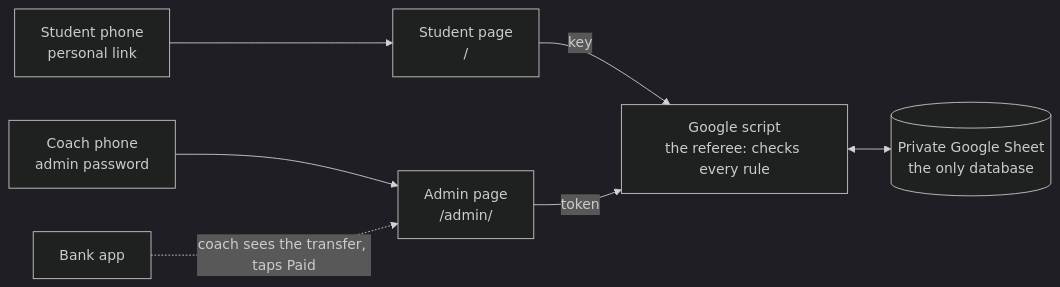
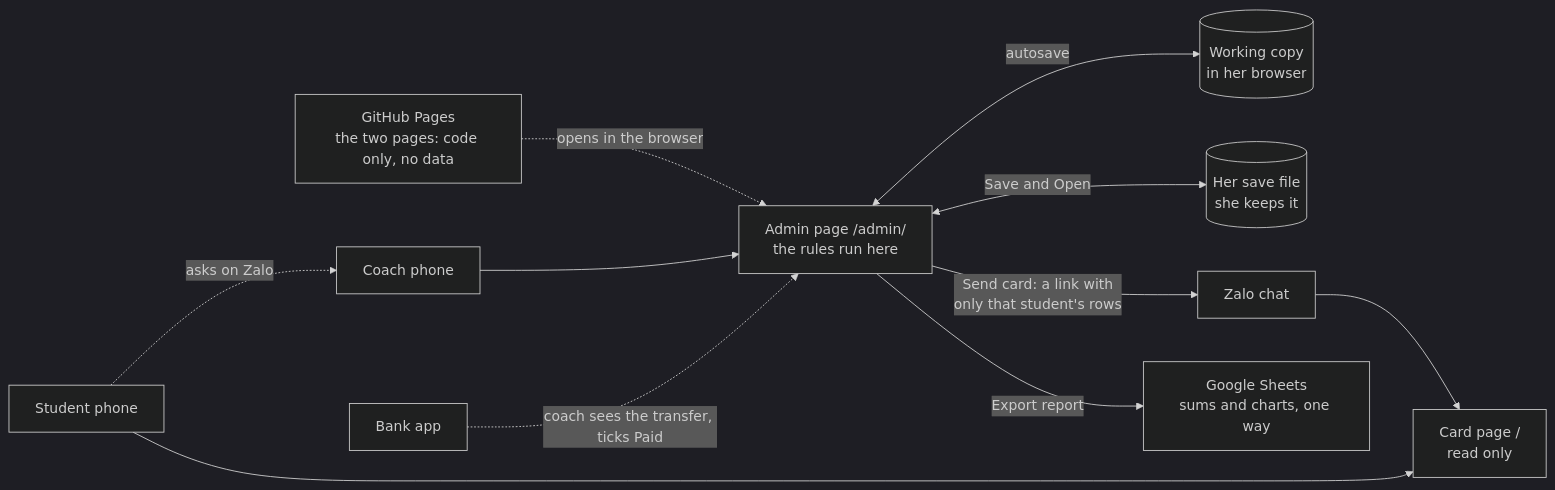
Before and after one commit to birdiecrew/birdiecrew.github.io: the first of 5 diagrams in PLAN.md, drawn with Mermaid (dark theme). The commit also changed other lines of this file and 18 other files, not shown here.

First line of the commit message:
Move to a no-server file model: wizard, save file, card links

````diff
--- a/PLAN.md
+++ b/PLAN.md
@@ -9,9 +9,13 @@
 ```mermaid
 flowchart LR
-  S["Student phone<br/>personal link"] --> P1["Student page<br/>/"]
-  C["Coach phone<br/>admin password"] --> P2["Admin page<br/>/admin/"]
-  P1 -->|"key"| A
-  P2 -->|"token"| A
-  A["Google script<br/>the referee: checks every rule"] <--> G[("Private Google Sheet<br/>the only database")]
-  B["Bank app"] -.->|"coach sees the transfer, taps Paid"| P2
+  G["GitHub Pages<br/>the two pages: code only, no data"] -.->|"opens in the browser"| P2
+  C["Coach phone"] --> P2["Admin page /admin/<br/>the rules run here"]
+  P2 <-->|"autosave"| W[("Working copy<br/>in her browser")]
+  P2 <-->|"Save and Open"| F[("Her save file<br/>she keeps it")]
+  P2 -->|"Send card: a link with<br/>only that student's rows"| Z["Zalo chat"]
+  Z --> P1["Card page /<br/>read only"]
+  S["Student phone"] --> P1
+  S -.->|"asks on Zalo"| C
+  B["Bank app"] -.->|"coach sees the transfer, ticks Paid"| P2
+  P2 -->|"Export report"| R["Google Sheets<br/>sums and charts, one way"]
 ```
````
